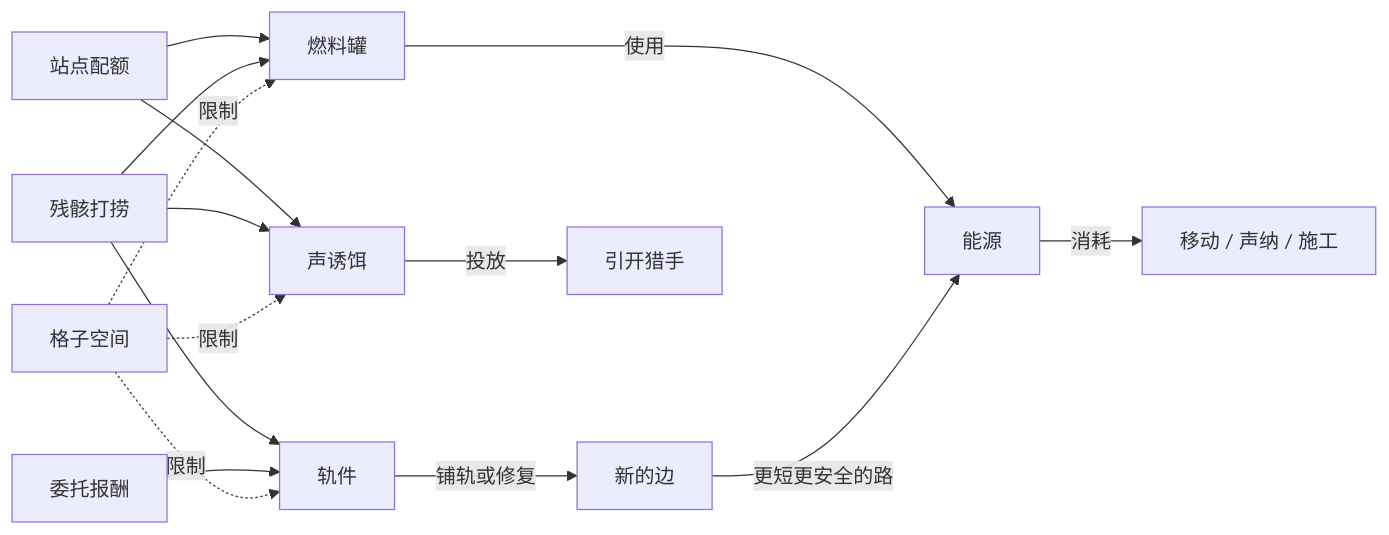
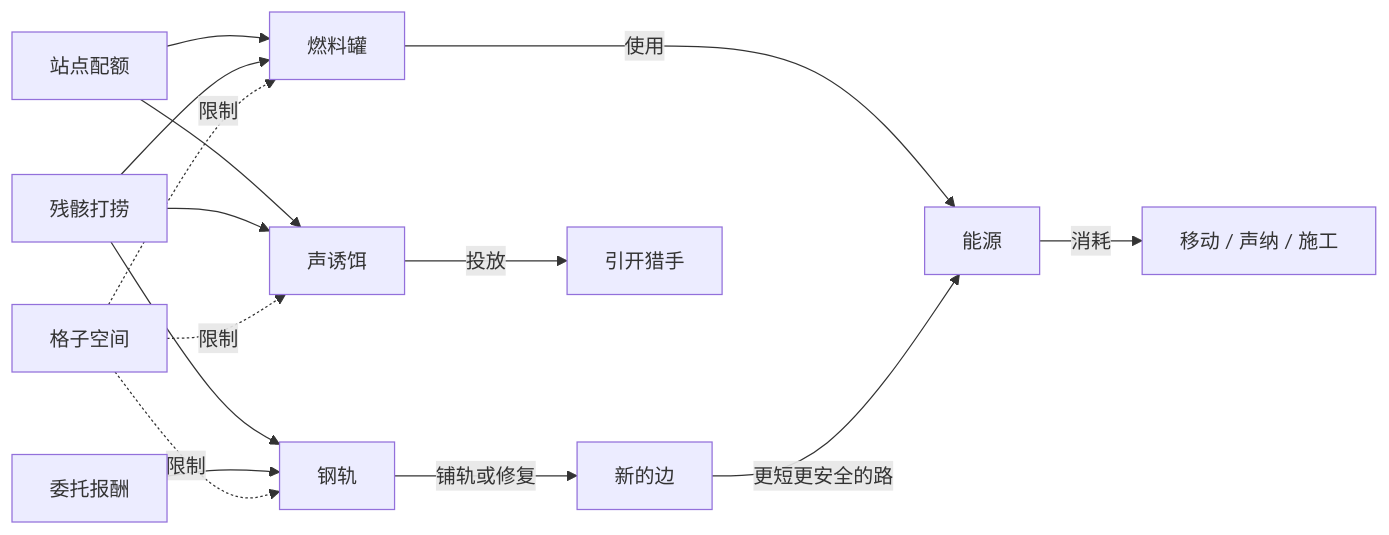
The diagram in docs/mvp_demo_plan.md (IronDumpling/fogline-driver), drawn with Mermaid before and after one commit. The commit also changed other lines of this file and 2 other files, not shown here.

````diff
--- a/docs/mvp_demo_plan.md
+++ b/docs/mvp_demo_plan.md
@@ -190,17 +193,17 @@
 ```mermaid
 flowchart LR
     S[站点配额] --> F[燃料罐]
     S --> D[声诱饵]
     W[残骸打捞] --> F
     W --> D
-    W --> R[轨件]
+    W --> R[钢轨]
     Q[委托报酬] --> R
     F -->|使用| E[能源]
     E -->|消耗| M[移动 / 声纳 / 施工]
     R -->|铺轨或修复| N[新的边]
     N -->|更短更安全的路| E
     D -->|投放| H[引开猎手]
     G[格子空间] -.限制.-> F
     G -.限制.-> R
     G -.限制.-> D
 ```
````
